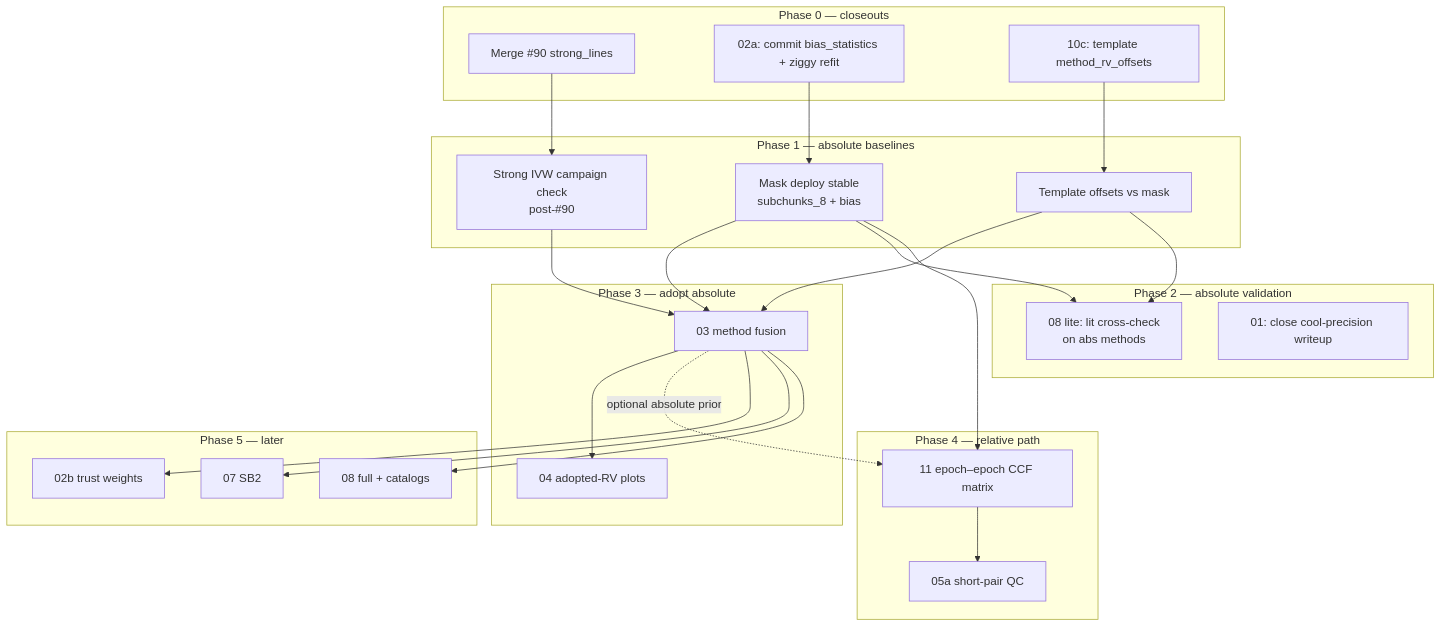
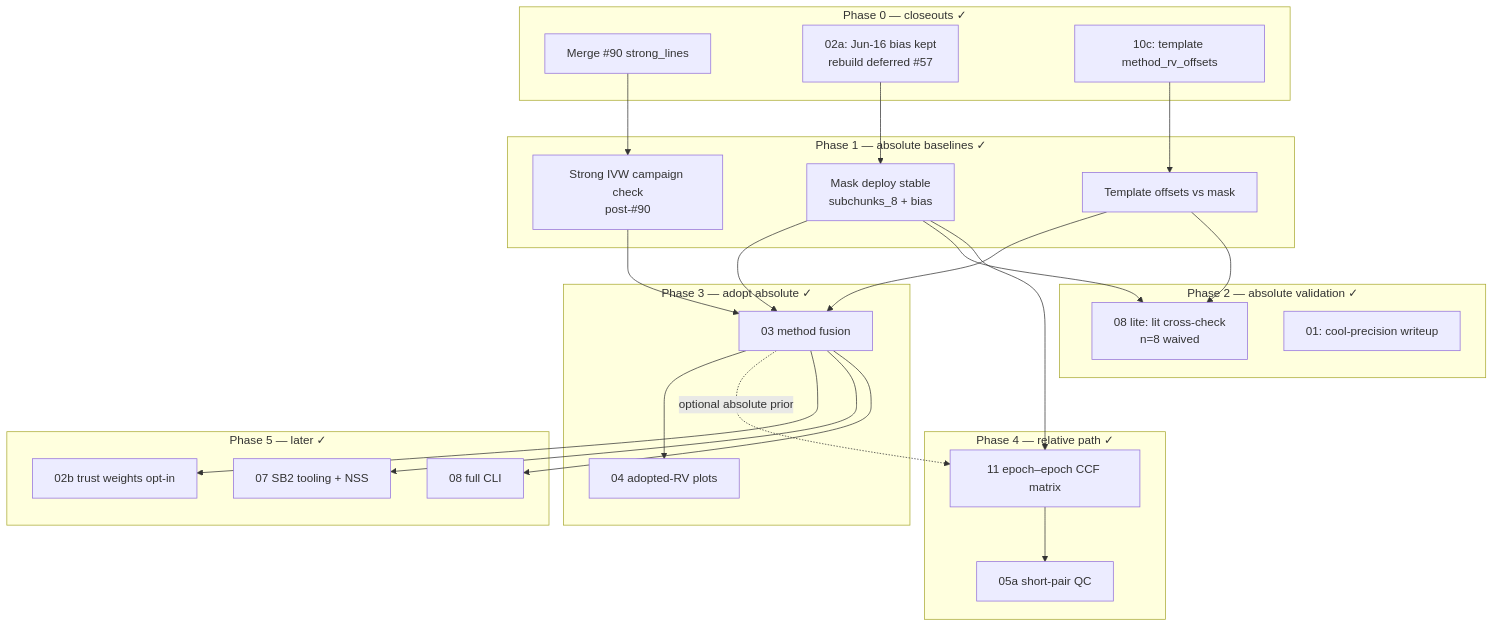
The diagram in docs/plans/ATTACK_ORDER.md (UCSC-Transients/dark-hunter_rv), drawn with Mermaid before and after one commit. The commit also changed other lines of this file and 10 other files, not shown here.

````diff
--- a/docs/plans/ATTACK_ORDER.md
+++ b/docs/plans/ATTACK_ORDER.md
@@ -22,51 +23,51 @@
 ```mermaid
 flowchart TB
-  subgraph finish["Phase 0 — closeouts"]
+  subgraph finish["Phase 0 — closeouts ✓"]
     M90["Merge #90 strong_lines"]
-    BIAS["02a: commit bias_statistics + ziggy refit"]
+    BIAS["02a: Jun-16 bias kept<br/>rebuild deferred #57"]
     T10c["10c: template method_rv_offsets"]
   end
 
-  subgraph abs["Phase 1 — absolute baselines"]
+  subgraph abs["Phase 1 — absolute baselines ✓"]
     MASK["Mask deploy stable<br/>subchunks_8 + bias"]
     TEMP["Template offsets vs mask"]
     STR["Strong IVW campaign check<br/>post-#90"]
   end
 
-  subgraph val["Phase 2 — absolute validation"]
-    LIT["08 lite: lit cross-check<br/>on abs methods"]
-    BENCH["01: close cool-precision writeup"]
+  subgraph val["Phase 2 — absolute validation ✓"]
+    LIT["08 lite: lit cross-check<br/>n=8 waived"]
+    BENCH["01: cool-precision writeup"]
   end
 
-  subgraph fuse["Phase 3 — adopt absolute"]
+  subgraph fuse["Phase 3 — adopt absolute ✓"]
     F03["03 method fusion"]
     F04["04 adopted-RV plots"]
   end
 
-  subgraph rel["Phase 4 — relative path"]
+  subgraph rel["Phase 4 — relative path ✓"]
     E11["11 epoch–epoch CCF matrix"]
     S05a["05a short-pair QC"]
   end
 
-  subgraph later["Phase 5 — later"]
-    T02b["02b trust weights"]
-    SB2["07 SB2"]
-    LITF["08 full + catalogs"]
+  subgraph later["Phase 5 — later ✓"]
+    T02b["02b trust weights opt-in"]
+    SB2["07 SB2 tooling + NSS"]
+    LITF["08 full CLI"]
   end
 
   M90 --> STR
   BIAS --> MASK
   T10c --> TEMP
   MASK --> F03
   TEMP --> F03
   STR --> F03
   MASK --> LIT
   TEMP --> LIT
   F03 --> F04
   MASK --> E11
   F03 -.->|"optional absolute prior"| E11
   E11 --> S05a
   F03 --> T02b
   F03 --> SB2
   F03 --> LITF
 ```
````
